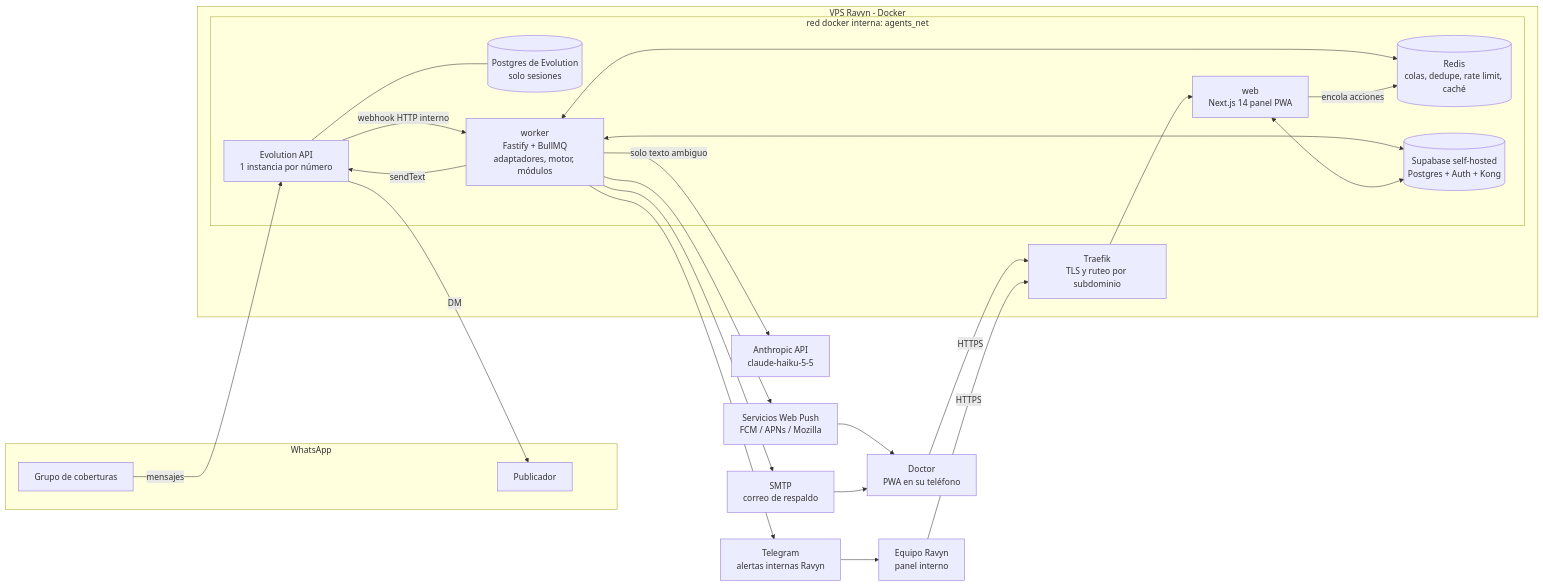
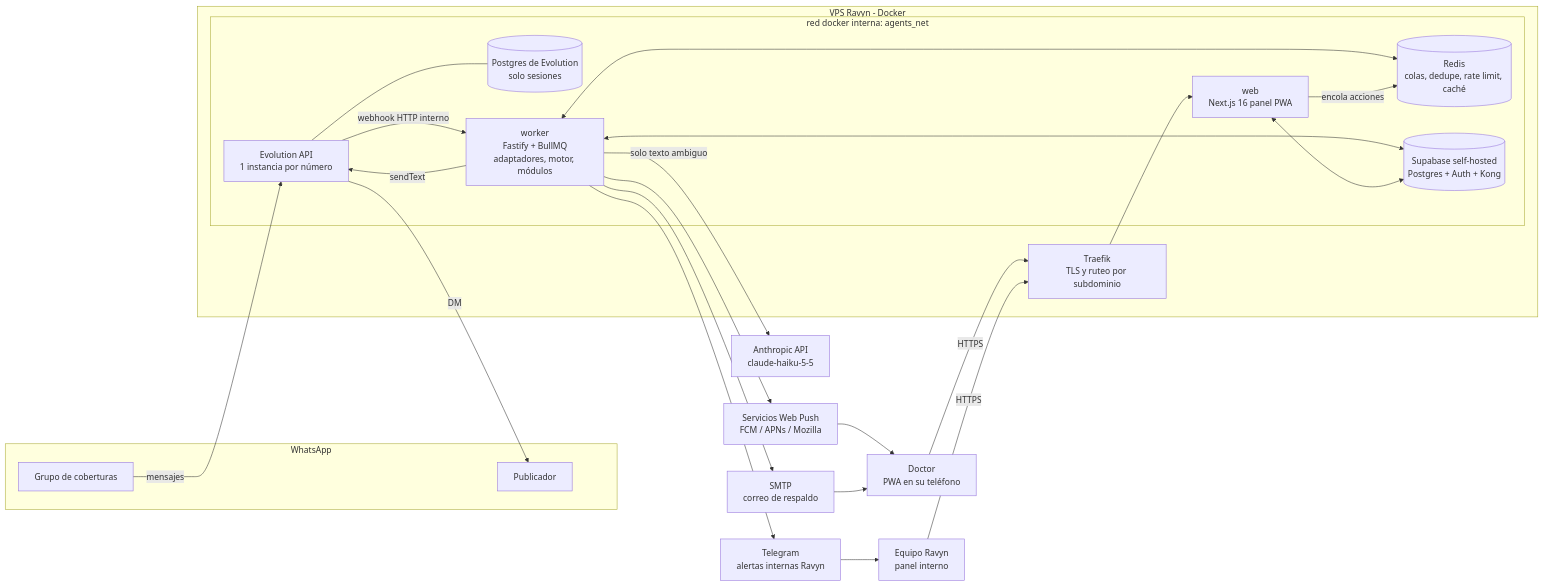
One commit to Clarexz/shiny-journey changed the first of 4 diagrams in docs/PLAN_IMPLEMENTACION.md. Above: the diagram before and after it, drawn with Mermaid. The commit also changed other lines of this file and 33 other files, not shown here.

First line of the commit message:
T0.2: esqueleto de apps/web con Next.js 16, Tailwind 4 y shadcn/ui

````diff
--- a/docs/PLAN_IMPLEMENTACION.md
+++ b/docs/PLAN_IMPLEMENTACION.md
@@ -87,42 +87,42 @@
 ```mermaid
 flowchart LR
   subgraph WA[WhatsApp]
     G[Grupo de coberturas]
     P[Publicador]
   end
 
   subgraph VPS[VPS Ravyn - Docker]
     T[Traefik<br/>TLS y ruteo por subdominio]
     subgraph Red_interna[red docker interna: agents_net]
       EVO[Evolution API<br/>1 instancia por número]
       EVODB[(Postgres de Evolution<br/>solo sesiones)]
       WK[worker<br/>Fastify + BullMQ<br/>adaptadores, motor, módulos]
       RD[(Redis<br/>colas, dedupe, rate limit, caché)]
-      WEB[web<br/>Next.js 14 panel PWA]
+      WEB[web<br/>Next.js 16 panel PWA]
       SB[(Supabase self-hosted<br/>Postgres + Auth + Kong)]
     end
   end
 
   LLM[Anthropic API<br/>claude-haiku-5-5]
   PUSH[Servicios Web Push<br/>FCM / APNs / Mozilla]
   SMTP[SMTP<br/>correo de respaldo]
   TG[Telegram<br/>alertas internas Ravyn]
   DOC[Doctor<br/>PWA en su teléfono]
   OPS[Equipo Ravyn<br/>panel interno]
 
   G -- mensajes --> EVO
   EVO -- webhook HTTP interno --> WK
   WK -- sendText --> EVO
   EVO -- DM --> P
   EVO --- EVODB
   WK <--> RD
   WK <--> SB
   WK -- solo texto ambiguo --> LLM
   WK --> PUSH --> DOC
   WK --> SMTP --> DOC
   WK --> TG --> OPS
   DOC -- HTTPS --> T --> WEB
   OPS -- HTTPS --> T
   WEB <--> SB
   WEB -- encola acciones --> RD
 ```
````
